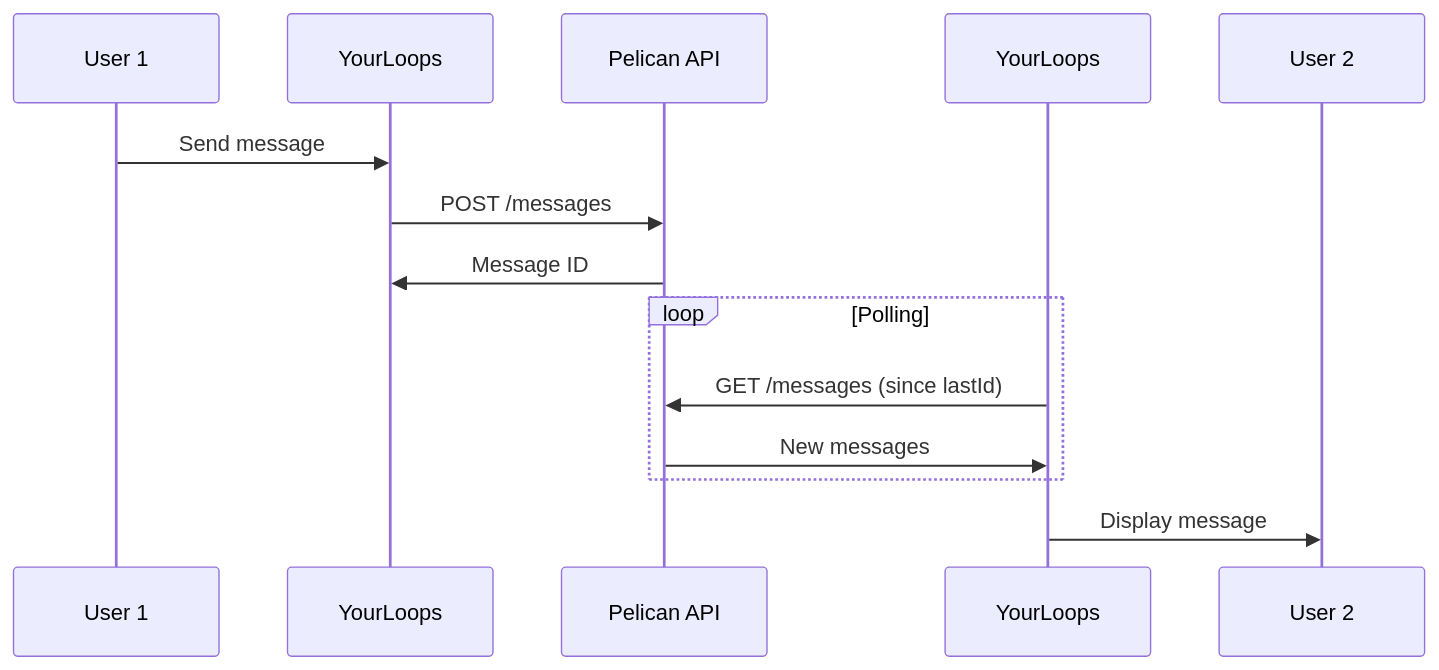
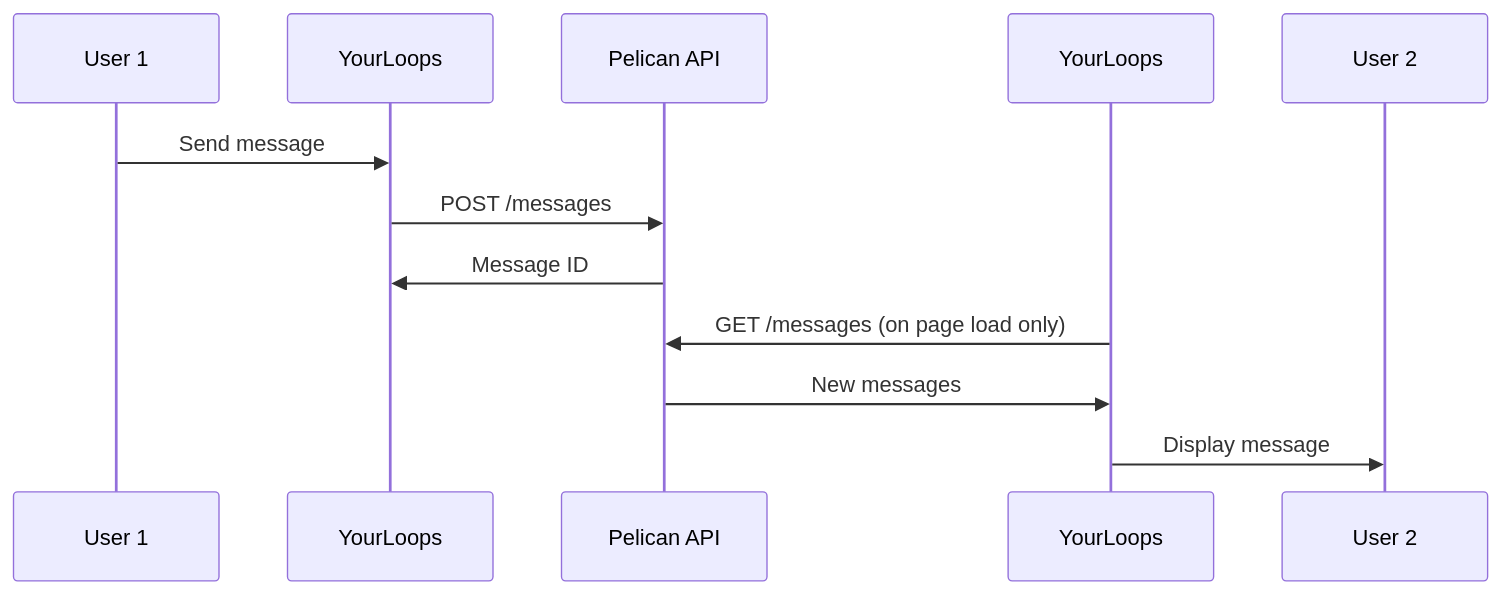
One commit to mdblp/blip changed the ninth of 10 diagrams in docs/DataFlow.md. Above: the diagram before and after it, drawn with Mermaid. The commit also changed other lines of this file, not shown here.

Commit message:
enhance docs and PR feedbacks

````diff
--- a/docs/DataFlow.md
+++ b/docs/DataFlow.md
@@ -343,17 +343,15 @@
 ```mermaid
 sequenceDiagram
     participant U1 as User 1
     participant APP1 as YourLoops
     participant API as Pelican API
     participant APP2 as YourLoops
     participant U2 as User 2
 
     U1->>APP1: Send message
     APP1->>API: POST /messages
     API->>APP1: Message ID
-    loop Polling
-        APP2->>API: GET /messages (since lastId)
-        API->>APP2: New messages
-    end
+    APP2->>API: GET /messages (on page load only)
+    API->>APP2: New messages
     APP2->>U2: Display message
 ```
````
